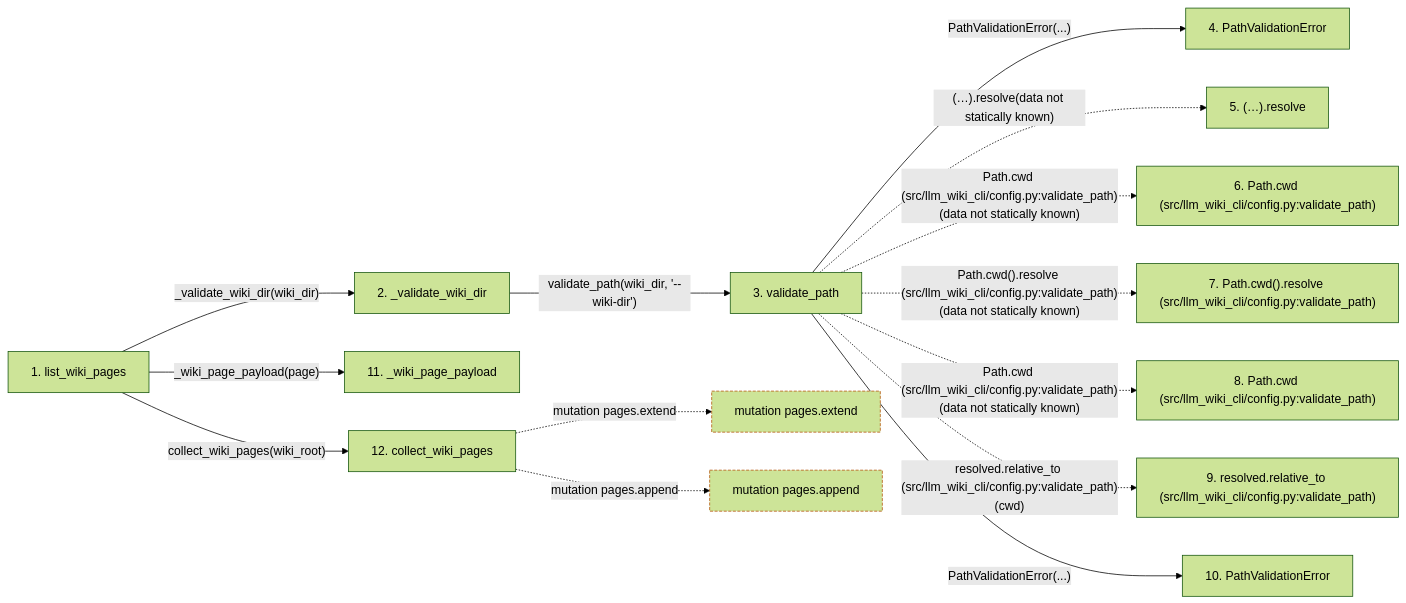
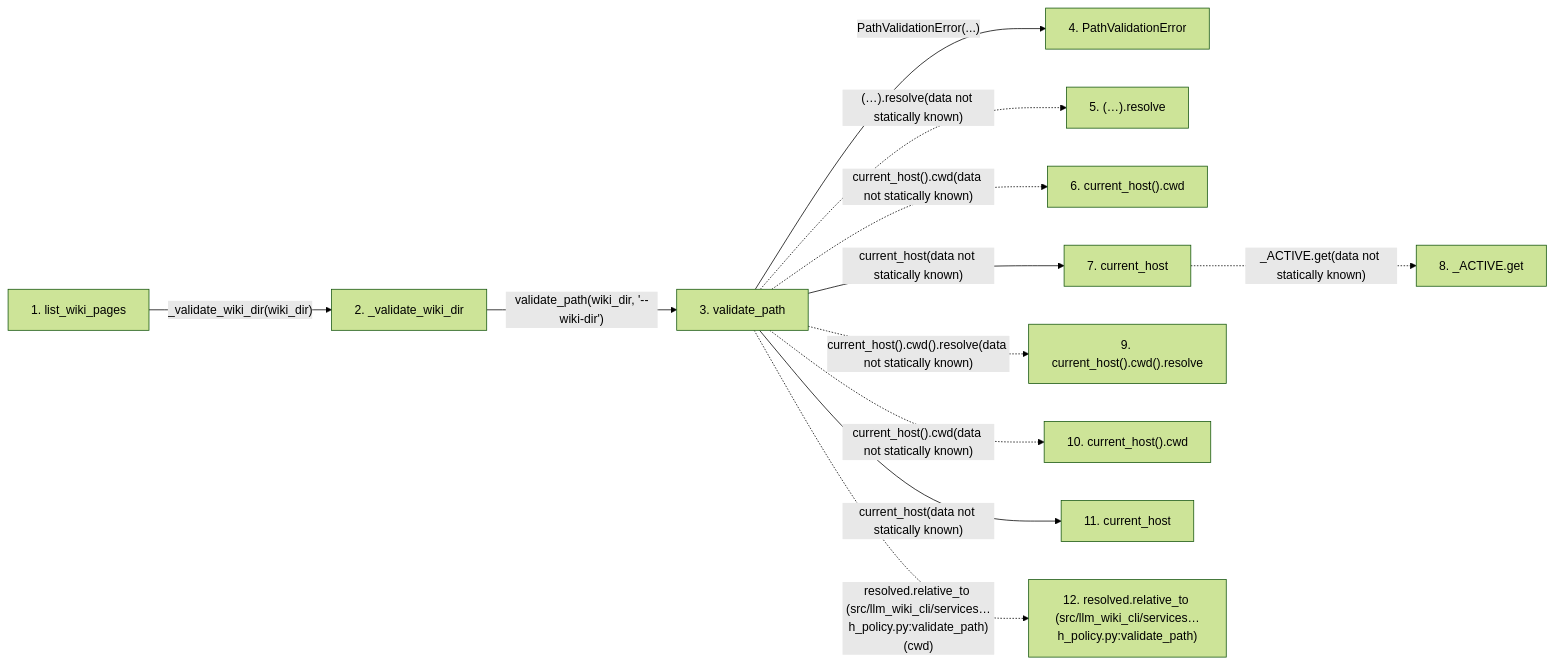
One commit to Denissvgn/python-wiki-llm changed the second of 2 diagrams in docs/llm_wiki/flows/api-list_wiki_pages.md. Above: the diagram before and after it, drawn with Mermaid (forest theme). The commit also changed other lines of this file and 1555 other files, not shown here.

````diff
--- a/docs/llm_wiki/flows/api-list_wiki_pages.md
+++ b/docs/llm_wiki/flows/api-list_wiki_pages.md
@@ -126,40 +127,32 @@
 ```mermaid
 flowchart LR
     s1["1. list_wiki_pages"]
     s2["2. _validate_wiki_dir"]
     s3["3. validate_path"]
     s4["4. PathValidationError"]
     s5["5. (…).resolve"]
-    s6["6. Path.cwd (src/llm_wiki_cli/config.py:validate_path)"]
-    s7["7. Path.cwd().resolve (src/llm_wiki_cli/config.py:validate_path)"]
-    s8["8. Path.cwd (src/llm_wiki_cli/config.py:validate_path)"]
-    s9["9. resolved.relative_to (src/llm_wiki_cli/config.py:validate_path)"]
-    s10["10. PathValidationError"]
-    s11["11. _wiki_page_payload"]
-    s12["12. collect_wiki_pages"]
+    s6["6. current_host().cwd"]
+    s7["7. current_host"]
+    s8["8. _ACTIVE.get"]
+    s9["9. current_host().cwd().resolve"]
+    s10["10. current_host().cwd"]
+    s11["11. current_host"]
+    s12["12. resolved.relative_to (src/llm_wiki_cli/services…h_policy.py:validate_path)"]
     s1 -->|"_validate_wiki_dir(wiki_dir)"| s2
     s2 -->|"validate_path(wiki_dir, '--wiki-dir')"| s3
     s3 -->|"PathValidationError(...)"| s4
     s3 -. "(…).resolve(data not statically known)" .-> s5
-    s3 -. "Path.cwd (src/llm_wiki_cli/config.py:validate_path)(data not statically known)" .-> s6
-    s3 -. "Path.cwd().resolve (src/llm_wiki_cli/config.py:validate_path)(data not statically known)" .-> s7
-    s3 -. "Path.cwd (src/llm_wiki_cli/config.py:validate_path)(data not statically known)" .-> s8
-    s3 -. "resolved.relative_to (src/llm_wiki_cli/config.py:validate_path)(cwd)" .-> s9
-    s3 -->|"PathValidationError(...)"| s10
-    s1 -->|"_wiki_page_payload(page)"| s11
-    s1 -->|"collect_wiki_pages(wiki_root)"| s12
-    b0["mutation pages.extend"]
-    s12 -. "mutation pages.extend" .-> b0
-    b1["mutation pages.append"]
-    s12 -. "mutation pages.append" .-> b1
+    s3 -. "current_host().cwd(data not statically known)" .-> s6
+    s3 -->|"current_host(data not statically known)"| s7
+    s7 -. "_ACTIVE.get(data not statically known)" .-> s8
+    s3 -. "current_host().cwd().resolve(data not statically known)" .-> s9
+    s3 -. "current_host().cwd(data not statically known)" .-> s10
+    s3 -->|"current_host(data not statically known)"| s11
+    s3 -. "resolved.relative_to (src/llm_wiki_cli/services…h_policy.py:validate_path)(cwd)" .-> s12
     click s1 "../modules/api.md"
     click s2 "../modules/api.md"
-    click s3 "../modules/config.md"
-    click s4 "../modules/config.md"
-    click s10 "../modules/config.md"
-    click s11 "../modules/api.md"
-    click s12 "../modules/wiki_surface.md"
-    classDef boundary stroke:#b45309,stroke-dasharray: 4 2
-    class b0 boundary
-    class b1 boundary
+    click s3 "../modules/path_policy.md"
+    click s4 "../modules/path_policy.md"
+    click s7 "../modules/host.md"
+    click s11 "../modules/host.md"
 ```
````
